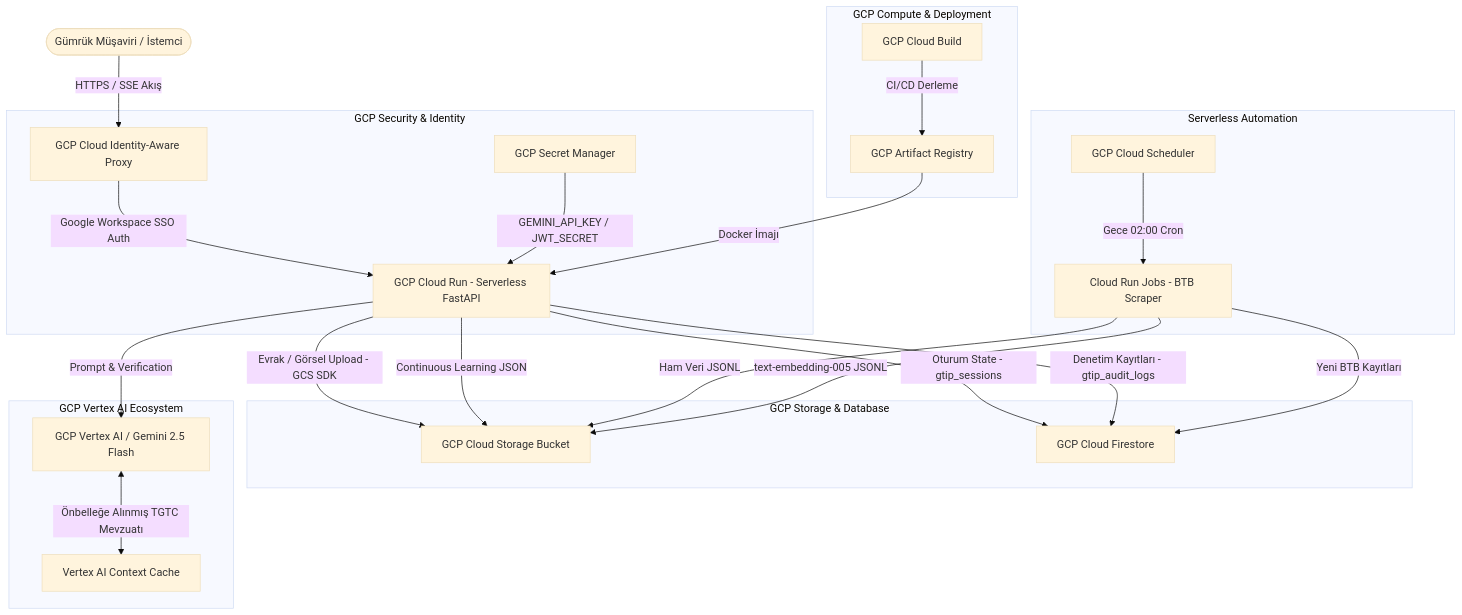
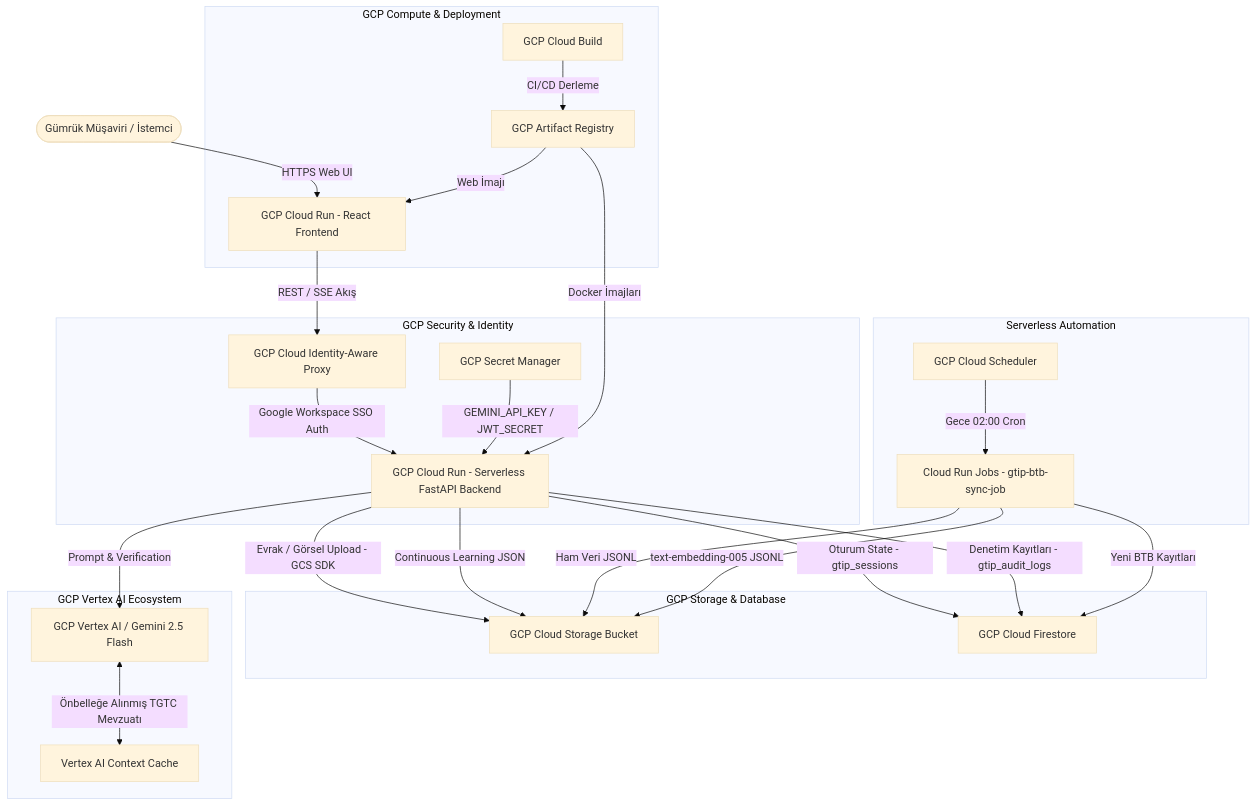
Before and after one commit to yusufarbc/yapay-zeka-gtip-tespiti: the diagram in gcp_architecture_report.md, drawn with Mermaid (base theme). The commit also changed other lines of this file and 16 other files, not shown here.

Commit message:
feat: implement backend API, authentication, workflow orchestration, and GCP deployment architecture updates

````diff
--- a/gcp_architecture_report.md
+++ b/gcp_architecture_report.md
@@ -26,33 +26,35 @@
 ```mermaid
 graph TD
-    User([Gümrük Müşaviri / İstemci]) -->|HTTPS / SSE Akış| IAP[GCP Cloud Identity-Aware Proxy]
+    User([Gümrük Müşaviri / İstemci]) -->|HTTPS Web UI| WEB[GCP Cloud Run - React Frontend]
+    WEB -->|REST / SSE Akış| IAP[GCP Cloud Identity-Aware Proxy]
 
     subgraph "GCP Security & Identity"
-        IAP -->|Google Workspace SSO Auth| CR[GCP Cloud Run - Serverless FastAPI]
+        IAP -->|Google Workspace SSO Auth| CR[GCP Cloud Run - Serverless FastAPI Backend]
         SM[GCP Secret Manager] -->|GEMINI_API_KEY / JWT_SECRET| CR
     end
 
     subgraph "GCP Compute & Deployment"
-        AR[GCP Artifact Registry] -->|Docker İmajı| CR
+        AR[GCP Artifact Registry] -->|Docker İmajları| CR
+        AR -->|Web İmajı| WEB
         CB[GCP Cloud Build] -->|CI/CD Derleme| AR
     end
 
     subgraph "GCP Storage & Database"
         CR -->|Evrak / Görsel Upload - GCS SDK| GCS[GCP Cloud Storage Bucket]
         CR -->|Oturum State - gtip_sessions| FS[GCP Cloud Firestore]
         CR -->|Denetim Kayıtları - gtip_audit_logs| FS
         CR -->|Continuous Learning JSON| GCS
     end
 
     subgraph "GCP Vertex AI Ecosystem"
         CR -->|Prompt & Verification| VAI[GCP Vertex AI / Gemini 2.5 Flash]
         VAI <-->|Önbelleğe Alınmış TGTC Mevzuatı| CC[Vertex AI Context Cache]
     end
 
     subgraph "Serverless Automation"
-        CS[GCP Cloud Scheduler] -->|Gece 02:00 Cron| CRJ[Cloud Run Jobs - BTB Scraper]
+        CS[GCP Cloud Scheduler] -->|Gece 02:00 Cron| CRJ[Cloud Run Jobs - gtip-btb-sync-job]
         CRJ -->|Ham Veri JSONL| GCS
         CRJ -->|text-embedding-005 JSONL| GCS
         CRJ -->|Yeni BTB Kayıtları| FS
     end
 ```
````
